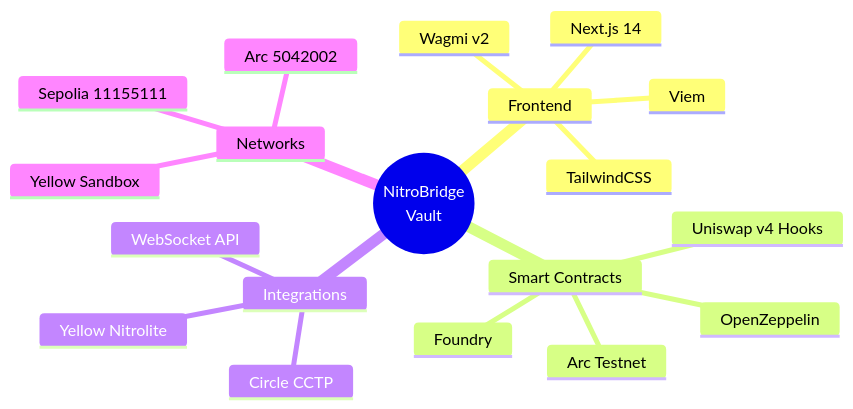
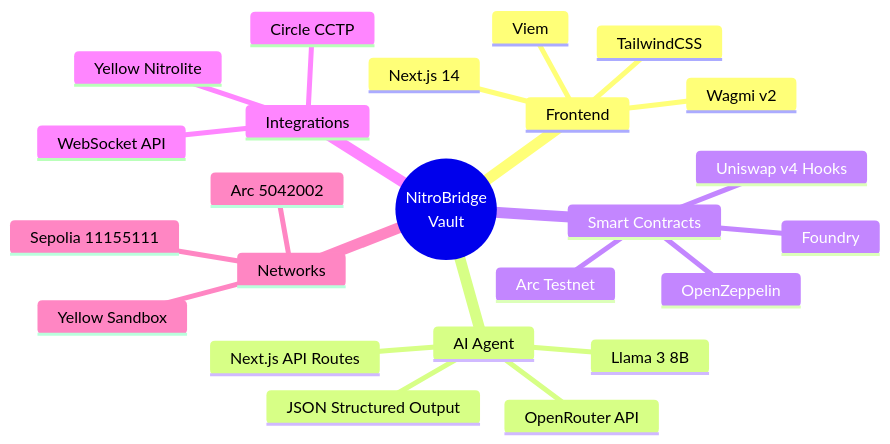
Before and after one commit to N-45div/HackMoney2026: the fifth of 11 diagrams in ARCHITECTURE.md, drawn with Mermaid. The commit also changed other lines of this file and 2 other files, not shown here.

First line of the commit message:
docs: update README and ARCHITECTURE with LLM agent flow and OpenRouter integration

````diff
--- a/ARCHITECTURE.md
+++ b/ARCHITECTURE.md
@@ -156,22 +178,27 @@
 ```mermaid
 mindmap
   root((NitroBridge<br/>Vault))
     Frontend
       Next.js 14
       Wagmi v2
       Viem
       TailwindCSS
+    AI Agent
+      OpenRouter API
+      Llama 3 8B
+      Next.js API Routes
+      JSON Structured Output
     Smart Contracts
       Arc Testnet
       Uniswap v4 Hooks
       Foundry
       OpenZeppelin
     Integrations
       Yellow Nitrolite
       Circle CCTP
       WebSocket API
     Networks
       Arc 5042002
       Sepolia 11155111
       Yellow Sandbox
 ```
````
